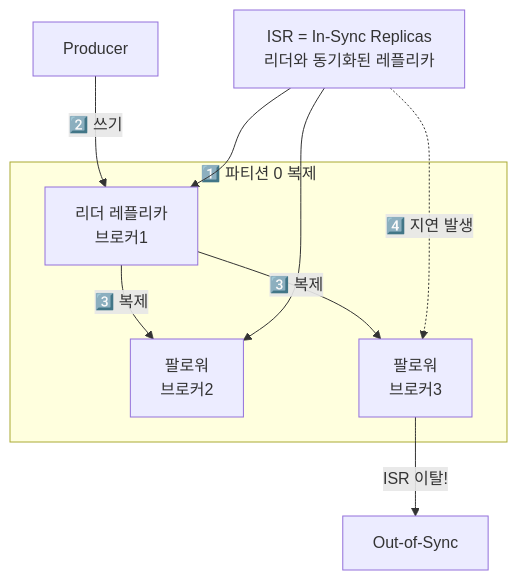
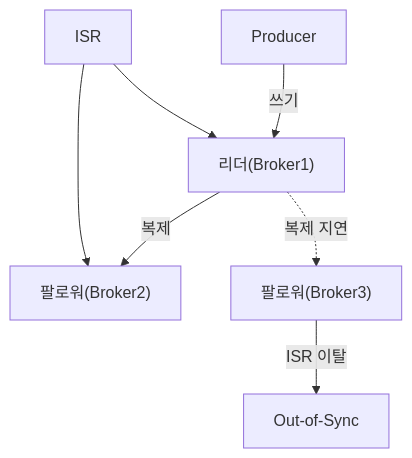
Before and after one commit to yjkim2015/yjkim2015.github.io: the sixth of 12 diagrams in _posts/kafka/2026-05-02-kafka-deep.md, drawn with Mermaid. The commit also changed other lines of this file and 215 other files, not shown here.

First line of the commit message:
신규 포스트 10개 추가 + Mermaid 전면 축소 + SystemDesign 시리즈 보강

````diff
--- a/_posts/kafka/2026-05-02-kafka-deep.md
+++ b/_posts/kafka/2026-05-02-kafka-deep.md
@@ -344,19 +312,8 @@
 ```mermaid
 graph TD
-    subgraph "1️⃣ 파티션 0 복제"
-        Leader["리더 레플리카\n브로커1"]
-        Follower1["팔로워\n브로커2"]
-        Follower2["팔로워\n브로커3"]
-    end
-
-    Producer[Producer] -->|"2️⃣ 쓰기"| Leader
-    Leader -->|"3️⃣ 복제"| Follower1
-    Leader -->|"3️⃣ 복제"| Follower2
-
-    ISR["ISR = In-Sync Replicas\n리더와 동기화된 레플리카"]
-    ISR --> Leader
-    ISR --> Follower1
-    ISR -.->|"4️⃣ 지연 발생"| Follower2
-
-    Follower2 -->|"ISR 이탈!"| OutOfSync[Out-of-Sync]
+    P["Producer"] -->|"쓰기"| L["리더(Broker1)"]
+    L -->|"복제"| F1["팔로워(Broker2)"]
+    L -.->|"복제 지연"| F2["팔로워(Broker3)"]
+    F2 -->|"ISR 이탈"| OOS["Out-of-Sync"]
+    ISR["ISR"] --> L & F1
 ```
````
